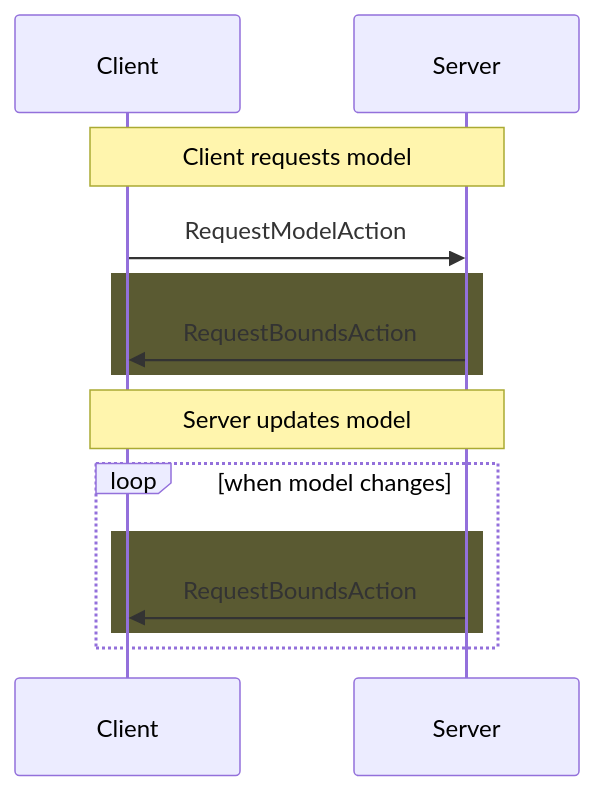
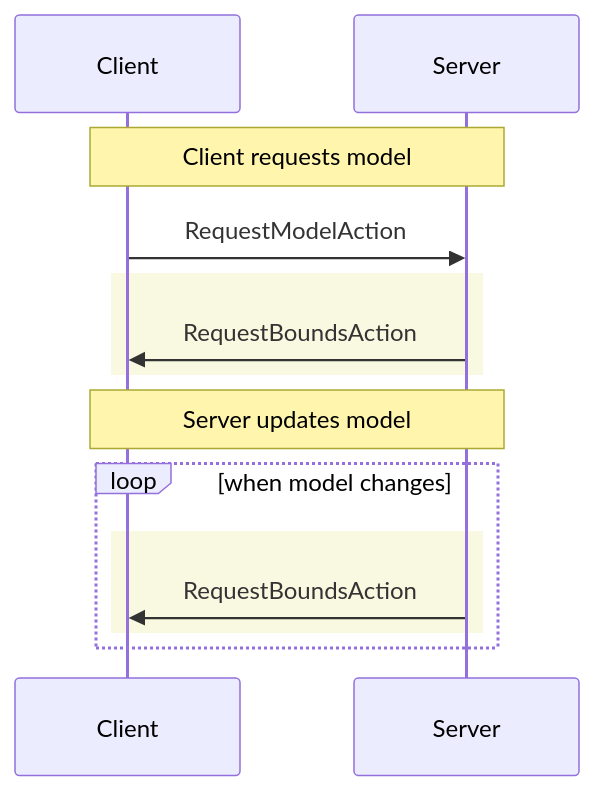
Before and after one commit to eclipse-sprotty/sprotty-website: the second of 3 diagrams in hugo/content/docs/actions_and_protocols.md, drawn with Mermaid.

Commit message:
better highlight colors so they work both in dark and light mode

```diff
--- a/hugo/content/docs/actions_and_protocols.md
+++ b/hugo/content/docs/actions_and_protocols.md
@@ -63,16 +63,16 @@
 {{< mermaid class="text-center">}}
 sequenceDiagram
 participant C as Client
 participant S as Server
 Note over C,S: Client requests model
 C->>S: RequestModelAction
-rect rgb(90, 90, 50)
+rect rgb(240, 240, 180, .4)
     S->>C: RequestBoundsAction
 end
 Note over C,S: Server updates model
 loop when model changes
-    rect rgb(90, 90, 50)
+    rect rgb(240, 240, 180, .4)
         S->>C: RequestBoundsAction
     end
 end
 {{< /mermaid>}}
```
